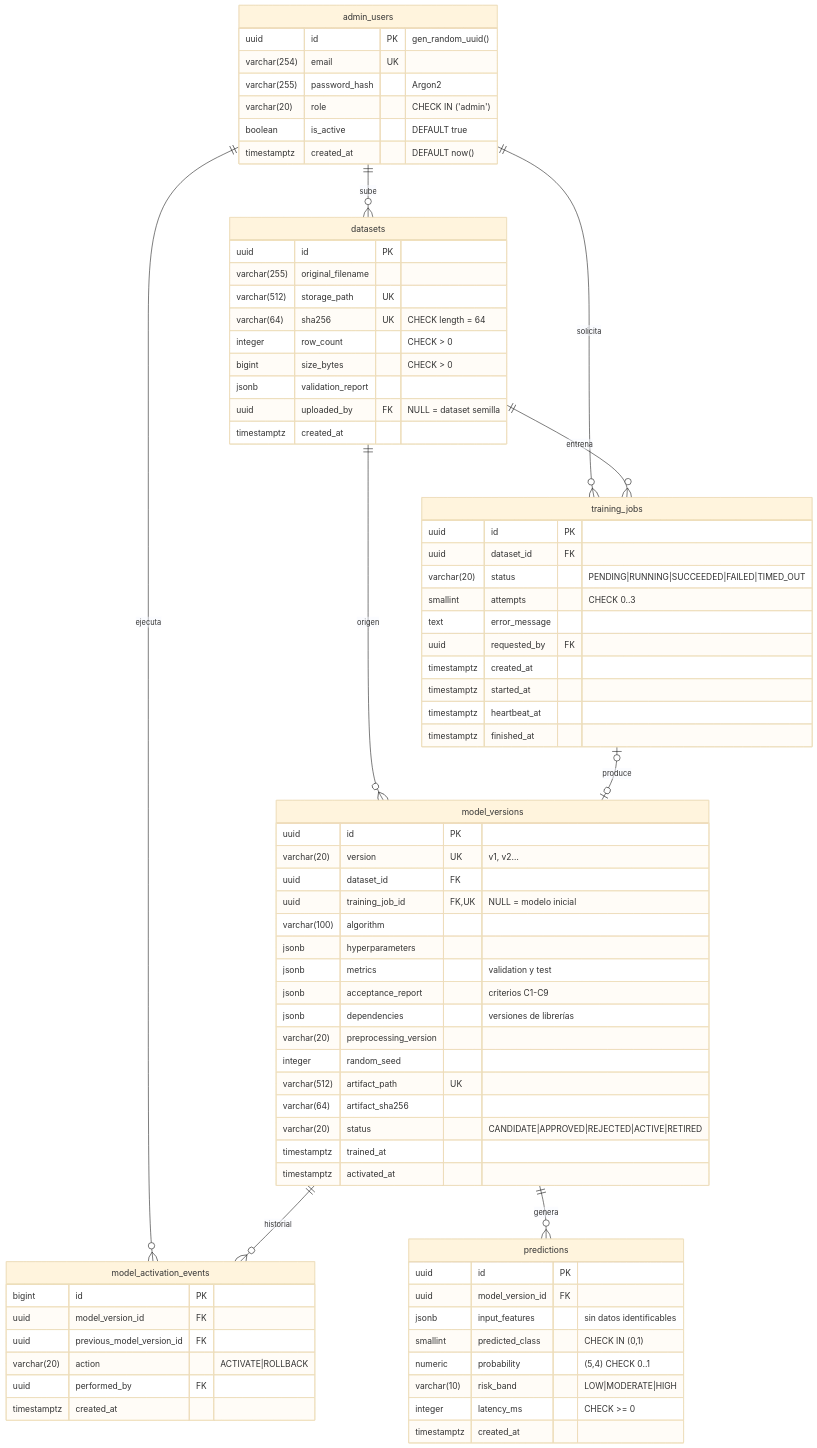
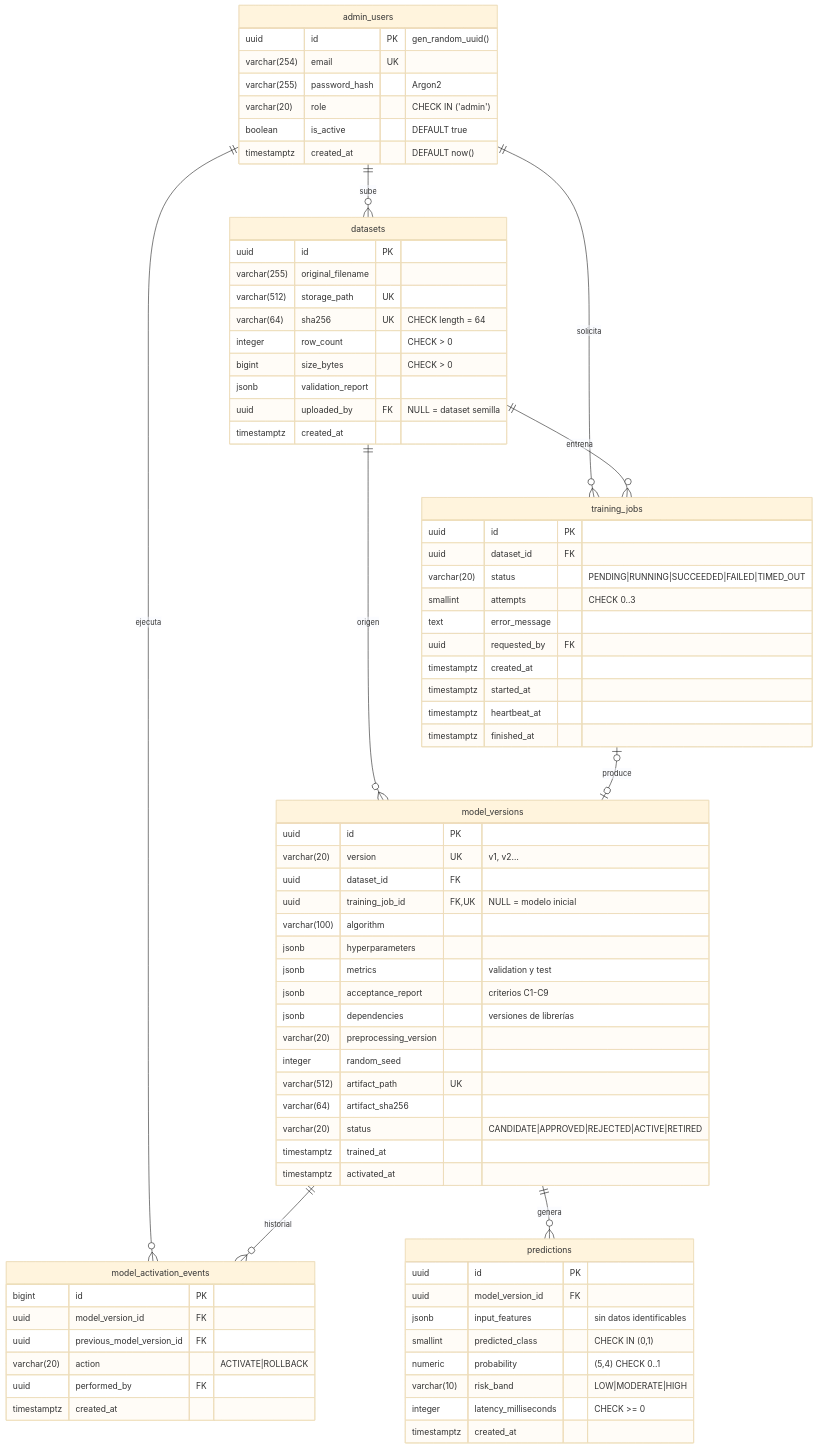
Before and after one commit to shariloza/proyectoSIS: the diagram in docs/base-de-datos.md, drawn with Mermaid (base theme). The commit also changed other lines of this file and 92 other files, not shown here.

````diff
--- a/docs/base-de-datos.md
+++ b/docs/base-de-datos.md
@@ -9,79 +9,79 @@
 ```mermaid
 erDiagram
     admin_users {
         uuid id PK "gen_random_uuid()"
         varchar(254) email UK
         varchar(255) password_hash "Argon2"
         varchar(20) role "CHECK IN ('admin')"
         boolean is_active "DEFAULT true"
         timestamptz created_at "DEFAULT now()"
     }
     datasets {
         uuid id PK
         varchar(255) original_filename
         varchar(512) storage_path UK
         varchar(64) sha256 UK "CHECK length = 64"
         integer row_count "CHECK > 0"
         bigint size_bytes "CHECK > 0"
         jsonb validation_report
         uuid uploaded_by FK "NULL = dataset semilla"
         timestamptz created_at
     }
     training_jobs {
         uuid id PK
         uuid dataset_id FK
         varchar(20) status "PENDING|RUNNING|SUCCEEDED|FAILED|TIMED_OUT"
         smallint attempts "CHECK 0..3"
         text error_message
         uuid requested_by FK
         timestamptz created_at
         timestamptz started_at
         timestamptz heartbeat_at
         timestamptz finished_at
     }
     model_versions {
         uuid id PK
         varchar(20) version UK "v1, v2…"
         uuid dataset_id FK
         uuid training_job_id FK,UK "NULL = modelo inicial"
         varchar(100) algorithm
         jsonb hyperparameters
         jsonb metrics "validation y test"
         jsonb acceptance_report "criterios C1-C9"
         jsonb dependencies "versiones de librerías"
         varchar(20) preprocessing_version
         integer random_seed
         varchar(512) artifact_path UK
         varchar(64) artifact_sha256
         varchar(20) status "CANDIDATE|APPROVED|REJECTED|ACTIVE|RETIRED"
         timestamptz trained_at
         timestamptz activated_at
     }
     model_activation_events {
         bigint id PK
         uuid model_version_id FK
         uuid previous_model_version_id FK
         varchar(20) action "ACTIVATE|ROLLBACK"
         uuid performed_by FK
         timestamptz created_at
     }
     predictions {
         uuid id PK
         uuid model_version_id FK
         jsonb input_features "sin datos identificables"
         smallint predicted_class "CHECK IN (0,1)"
         numeric probability "(5,4) CHECK 0..1"
         varchar(10) risk_band "LOW|MODERATE|HIGH"
-        integer latency_ms "CHECK >= 0"
+        integer latency_milliseconds "CHECK >= 0"
         timestamptz created_at
     }
 
     admin_users ||--o{ datasets : sube
     admin_users ||--o{ training_jobs : solicita
     admin_users ||--o{ model_activation_events : ejecuta
     datasets ||--o{ training_jobs : entrena
     datasets ||--o{ model_versions : origen
     training_jobs |o--o| model_versions : produce
     model_versions ||--o{ model_activation_events : historial
     model_versions ||--o{ predictions : genera
 ```
````
